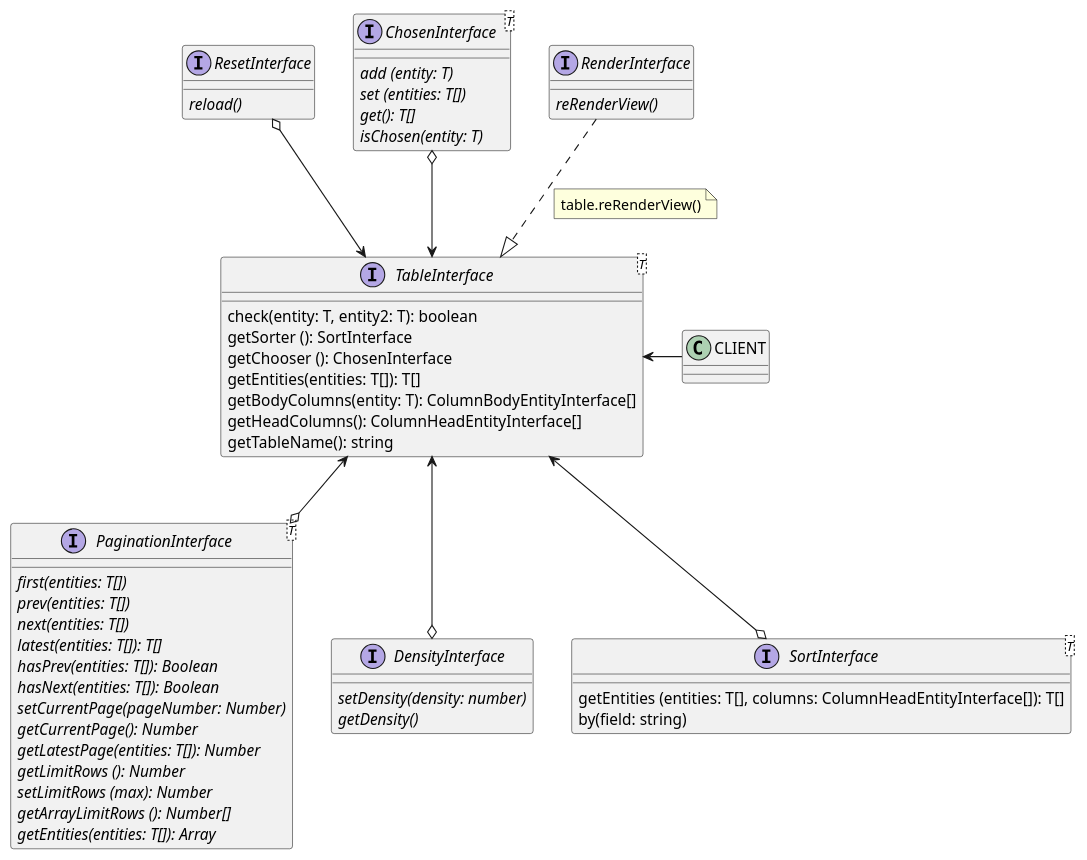
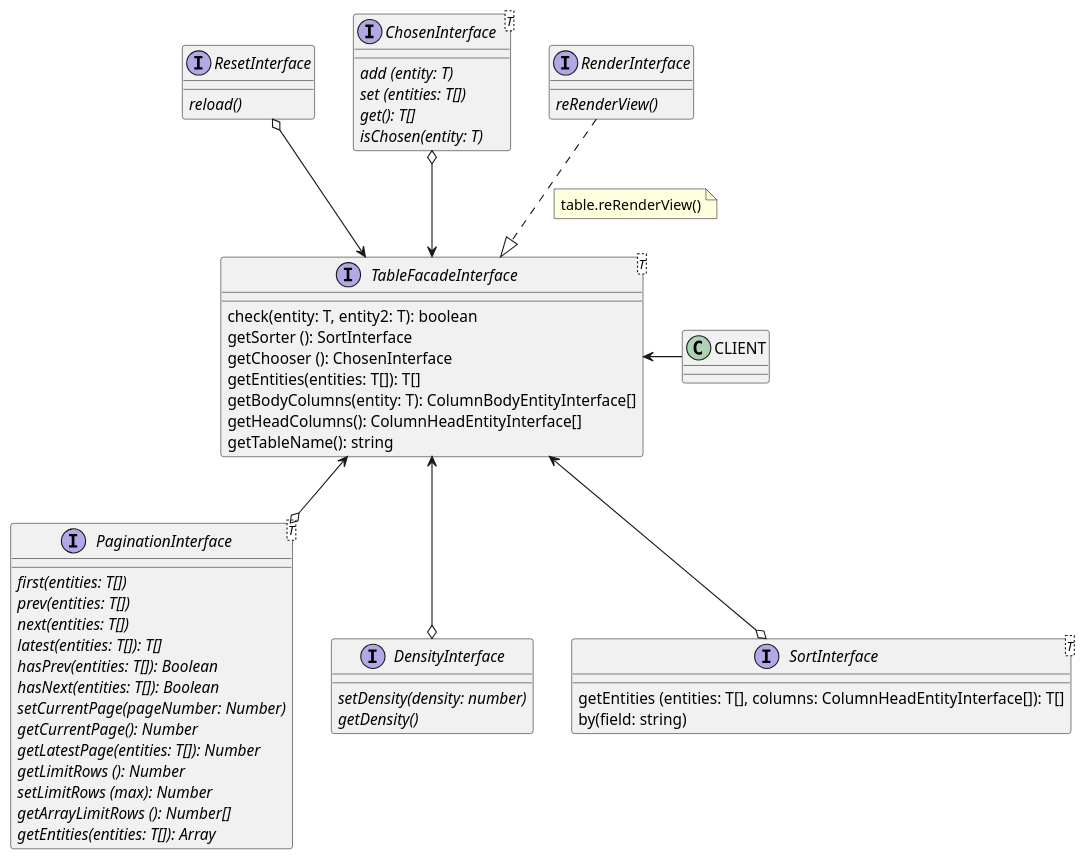
The diagram in src/Models/Render/Render.puml (gothic-prince/table-component-es), drawn with PlantUML before and after one commit.

```diff
--- a/src/Models/Render/Render.puml
+++ b/src/Models/Render/Render.puml
@@ -1,66 +1,66 @@
 @startuml
 
 interface PaginationInterface <T> {
   {abstract} first(entities: T[])
   {abstract} prev(entities: T[])
   {abstract} next(entities: T[])
   {abstract} latest(entities: T[]): T[]
   {abstract} hasPrev(entities: T[]): Boolean
   {abstract} hasNext(entities: T[]): Boolean
   {abstract} setCurrentPage(pageNumber: Number)
   {abstract} getCurrentPage(): Number
   {abstract} getLatestPage(entities: T[]): Number
   {abstract} getLimitRows (): Number
   {abstract} setLimitRows (max): Number
   {abstract} getArrayLimitRows (): Number[]
   {abstract} getEntities(entities: T[]): Array
 }
 interface DensityInterface {
   {abstract} setDensity(density: number)
   {abstract} getDensity()
 }
 interface ResetInterface {
   {abstract} reload()
 }
 interface ChosenInterface <T> {
   {abstract} add (entity: T)
   {abstract} set (entities: T[])
   {abstract} get(): T[]
   {abstract} isChosen(entity: T)
 }
 
 interface SortInterface <T> {
     getEntities (entities: T[], columns: ColumnHeadEntityInterface[]): T[]
     by(field: string)
 }
 
 interface RenderInterface {
     {abstract} reRenderView()
 }
 
-interface TableInterface <T> {
+interface TableFacadeInterface <T> {
   check(entity: T, entity2: T): boolean
   getSorter (): SortInterface
   getChooser (): ChosenInterface
   getEntities(entities: T[]): T[]
   getBodyColumns(entity: T): ColumnBodyEntityInterface[]
   getHeadColumns(): ColumnHeadEntityInterface[]
   getTableName(): string
 }
 
-ChosenInterface o--> TableInterface
+ChosenInterface o--> TableFacadeInterface
 
-ResetInterface o--> TableInterface
+ResetInterface o--> TableFacadeInterface
 
-TableInterface <--o DensityInterface
+TableFacadeInterface <--o DensityInterface
 
-TableInterface <--o PaginationInterface
+TableFacadeInterface <--o PaginationInterface
 
-TableInterface <--o SortInterface
+TableFacadeInterface <--o SortInterface
 
-RenderInterface ..|> TableInterface
+RenderInterface ..|> TableFacadeInterface
 note left on link
   table.reRenderView()
 end note
-TableInterface <- CLIENT
+TableFacadeInterface <- CLIENT
 @enduml
```
